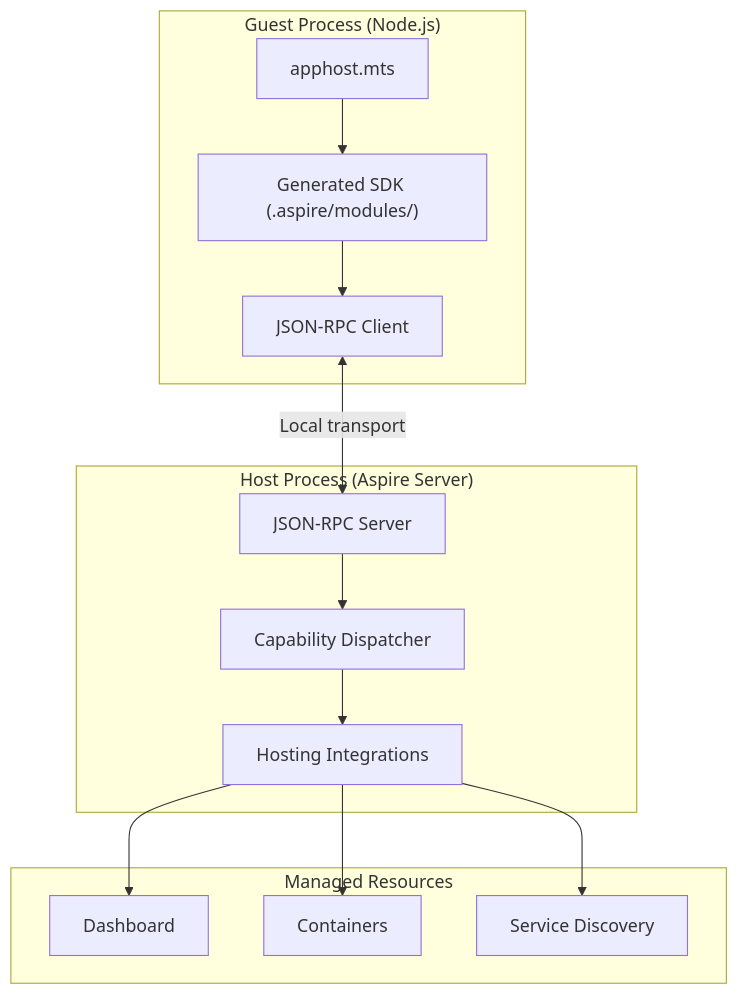
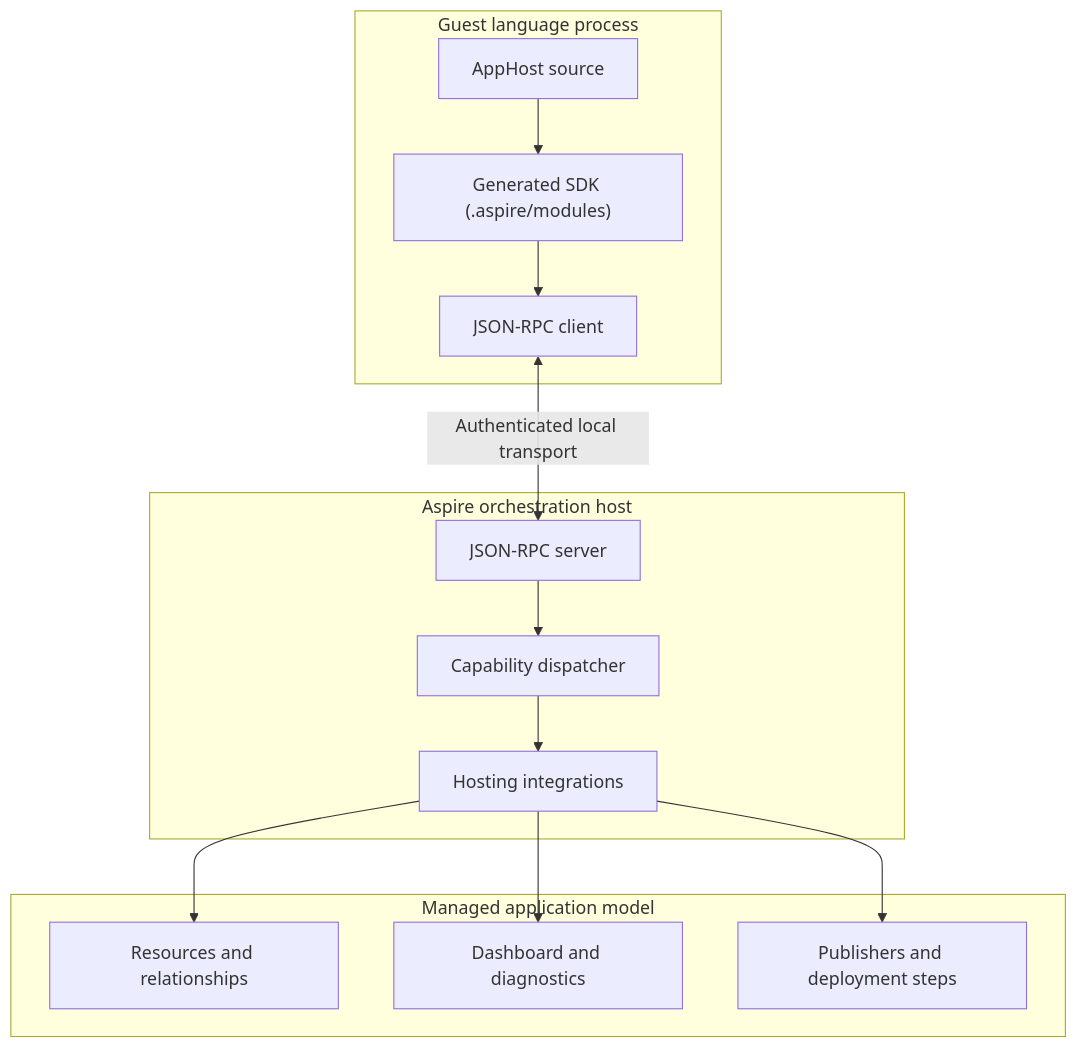
Before and after one commit to microsoft/aspire.dev: the diagram in src/frontend/src/content/docs/architecture/multi-language-architecture.mdx, drawn with Mermaid. The commit also changed other lines of this file and 13 other files, not shown here.

First line of the commit message:
docs: add canonical polyglot AppHost guidance

````diff
--- a/src/frontend/src/content/docs/architecture/multi-language-architecture.mdx
+++ b/src/frontend/src/content/docs/architecture/multi-language-architecture.mdx
@@ -26,25 +29,25 @@
 ```mermaid
 flowchart TB
-    subgraph Guest["Guest Process (Node.js)"]
-        TS["apphost.mts"]
-        SDK["Generated SDK (.aspire/modules/)"]
-        Client["JSON-RPC Client"]
-        TS --> SDK --> Client
+    subgraph Guest["Guest language process"]
+        AppHost["AppHost source"]
+        SDK["Generated SDK (.aspire/modules)"]
+        Client["JSON-RPC client"]
+        AppHost --> SDK --> Client
     end
 
-    subgraph Host["Host Process (Aspire Server)"]
-        RPC["JSON-RPC Server"]
-        Dispatcher["Capability Dispatcher"]
-        Integrations["Hosting Integrations"]
+    subgraph Host["Aspire orchestration host"]
+        RPC["JSON-RPC server"]
+        Dispatcher["Capability dispatcher"]
+        Integrations["Hosting integrations"]
         RPC --> Dispatcher --> Integrations
     end
 
-    subgraph Managed["Managed Resources"]
-        Dashboard["Dashboard"]
-        Containers["Containers"]
-        Discovery["Service Discovery"]
+    subgraph Managed["Managed application model"]
+        Resources["Resources and relationships"]
+        Dashboard["Dashboard and diagnostics"]
+        Publishers["Publishers and deployment steps"]
     end
 
-    Client <-->|"Local transport"| RPC
-    Integrations --> Dashboard & Containers & Discovery
+    Client <-->|"Authenticated local transport"| RPC
+    Integrations --> Resources & Dashboard & Publishers
 ```
````
